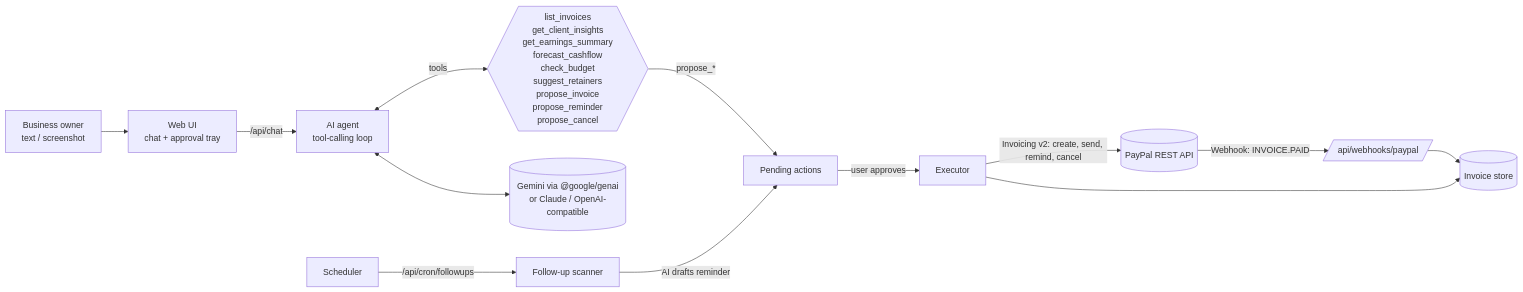
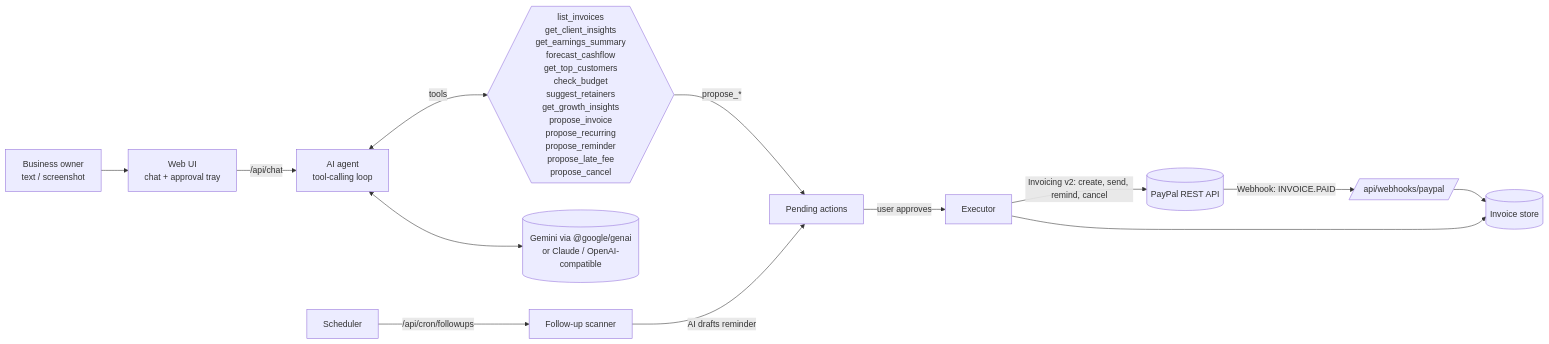
One commit to Arpit052/paypilot changed the diagram in README.md. Above: the diagram before and after it, drawn with Mermaid. The commit also changed other lines of this file and 44 other files, not shown here.

First line of the commit message:
Landing page, receipts, client view, Growth insights, CI and Docker

````diff
--- a/README.md
+++ b/README.md
@@ -100,14 +118,14 @@
 ```mermaid
 flowchart LR
   U[Business owner<br/>text / screenshot] --> UI[Web UI<br/>chat + approval tray]
   UI -->|/api/chat| AG[AI agent<br/>tool-calling loop]
-  AG <-->|tools| T{{list_invoices<br/>get_client_insights<br/>get_earnings_summary<br/>forecast_cashflow<br/>check_budget<br/>suggest_retainers<br/>propose_invoice<br/>propose_reminder<br/>propose_cancel}}
+  AG <-->|tools| T{{list_invoices<br/>get_client_insights<br/>get_earnings_summary<br/>forecast_cashflow<br/>get_top_customers<br/>check_budget<br/>suggest_retainers<br/>get_growth_insights<br/>propose_invoice<br/>propose_recurring<br/>propose_reminder<br/>propose_late_fee<br/>propose_cancel}}
   AG <--> LLM[(Gemini via @google/genai<br/>or Claude / OpenAI-compatible)]
   T -->|propose_*| Q[Pending actions]
   Q -->|user approves| EX[Executor]
   EX -->|Invoicing v2: create, send, remind, cancel| PP[(PayPal REST API)]
   PP -->|Webhook: INVOICE.PAID| WH[/api/webhooks/paypal/]
   WH --> DB[(Invoice store)]
   EX --> DB
   CRON[Scheduler] -->|/api/cron/followups| FU[Follow-up scanner] -->|AI drafts reminder| Q
 ```
````
